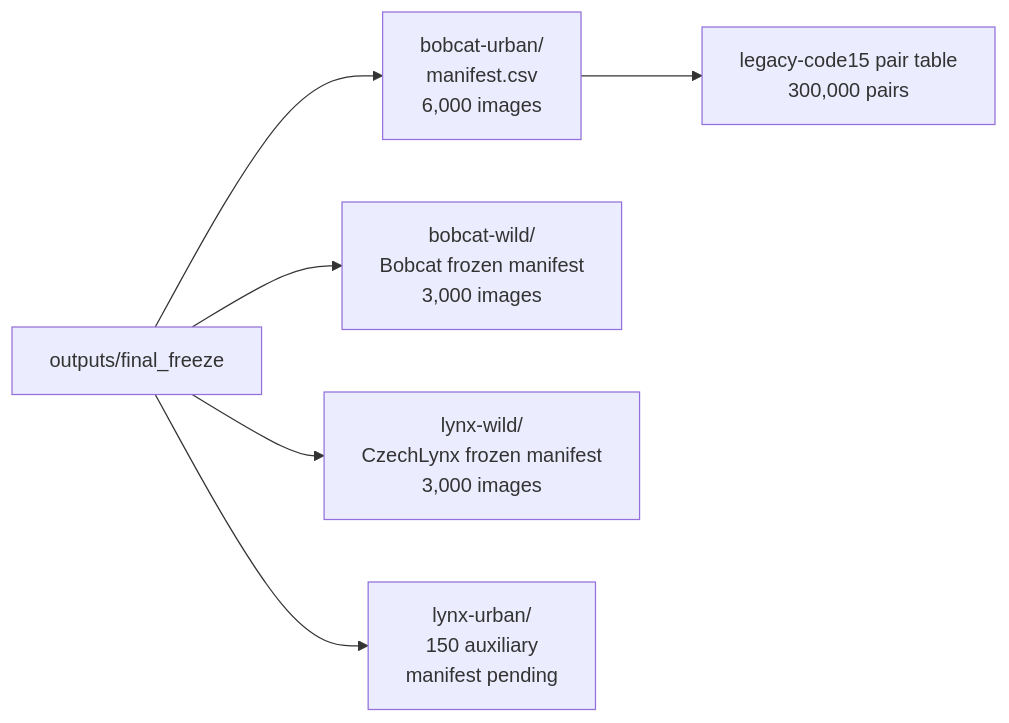
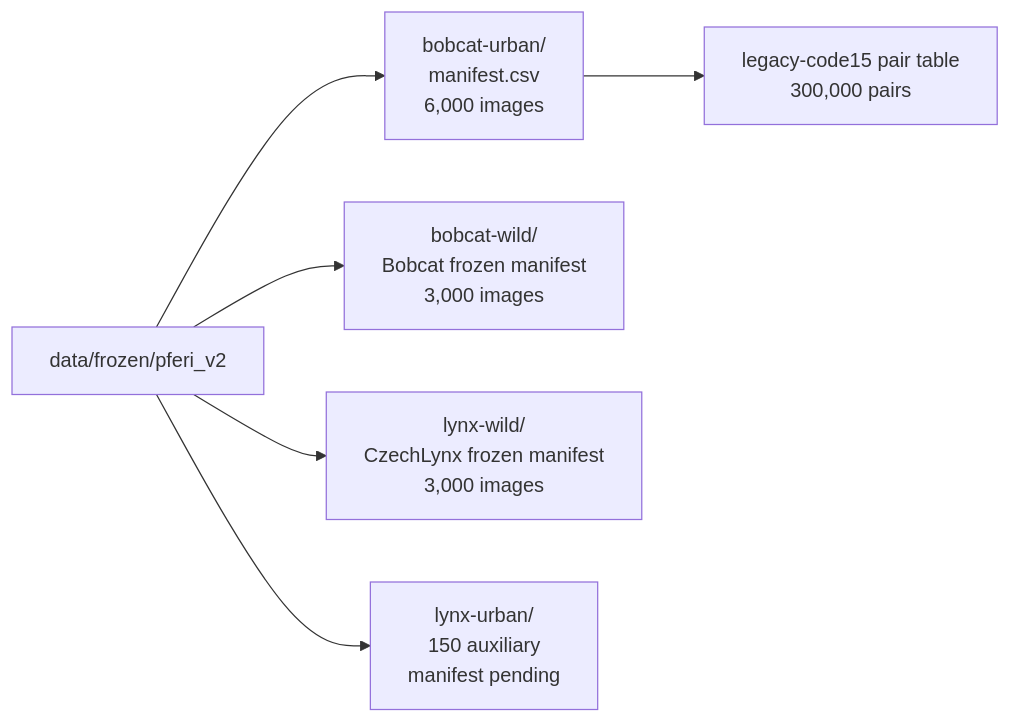
Before and after one commit to Dean-999/felid-review-readiness-triage: the second of 4 diagrams in docs/project-governance/structure/2026-07-07_codegraph_project_structure_map.md, drawn with Mermaid. The commit also changed other lines of this file and 124 other files, not shown here.

````diff
--- a/docs/project-governance/structure/2026-07-07_codegraph_project_structure_map.md
+++ b/docs/project-governance/structure/2026-07-07_codegraph_project_structure_map.md
@@ -91,16 +91,16 @@
 ```mermaid
 flowchart LR
-  FF["outputs/final_freeze"]
+  FF["data/frozen/pferi_v2"]
 
   BU["bobcat-urban/<br/>manifest.csv<br/>6,000 images"]
   BUPairs["legacy-code15 pair table<br/>300,000 pairs"]
   BW["bobcat-wild/<br/>Bobcat frozen manifest<br/>3,000 images"]
   LW["lynx-wild/<br/>CzechLynx frozen manifest<br/>3,000 images"]
   LU["lynx-urban/<br/>150 auxiliary<br/>manifest pending"]
 
   FF --> BU
   FF --> BW
   FF --> LW
   FF --> LU
   BU --> BUPairs
 ```
````
